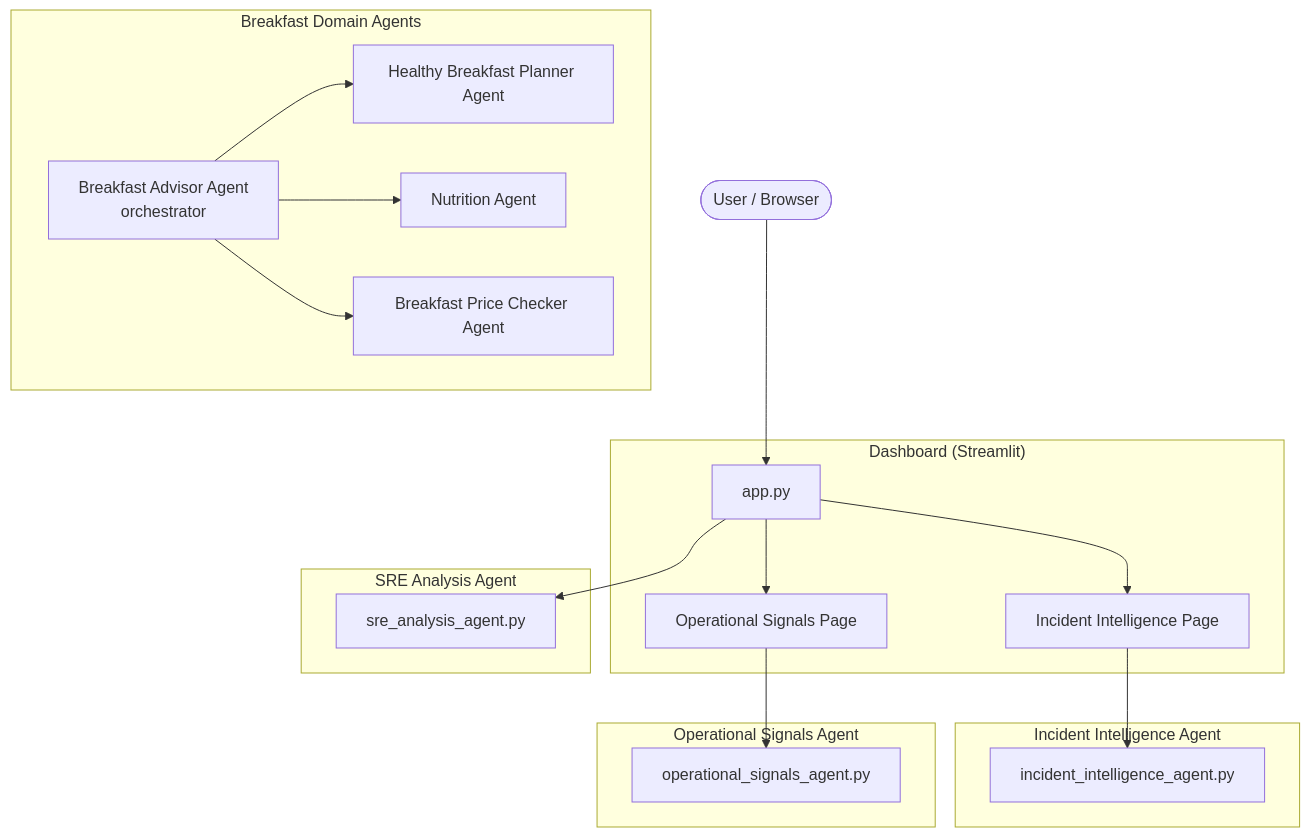
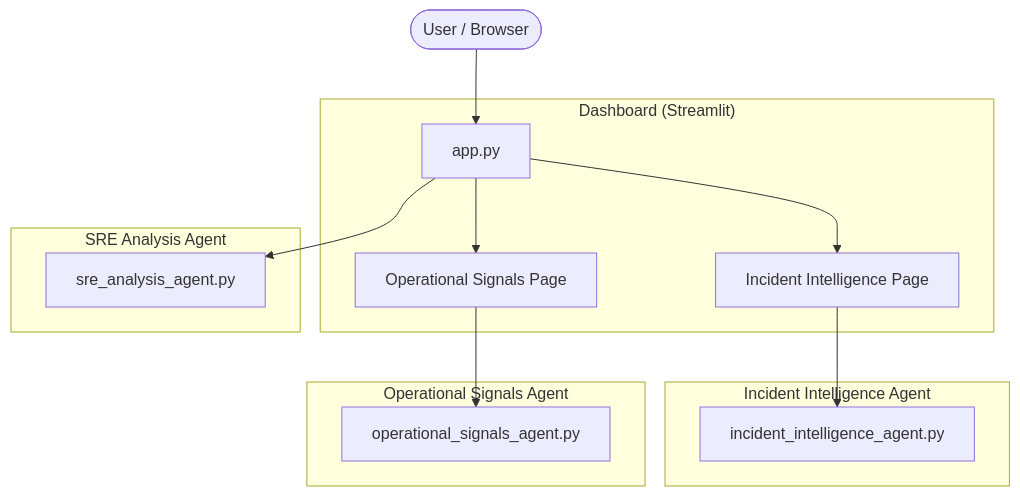
The first of 6 diagrams in docs/agent_architecture.md (cbagade/sre-automation), drawn with Mermaid before and after one commit. The commit also changed other lines of this file and 14 other files, not shown here.

````diff
--- a/docs/agent_architecture.md
+++ b/docs/agent_architecture.md
@@ -9,41 +9,30 @@
 ```mermaid
 graph TD
     USER([User / Browser])
 
     subgraph DASH["Dashboard  (Streamlit)"]
         APP[app.py]
         OPS_PAGE[Operational Signals Page]
         INC_PAGE[Incident Intelligence Page]
     end
 
     subgraph SRE["SRE Analysis Agent"]
         SRE_AGENT[sre_analysis_agent.py]
-    end
-
-    subgraph BREAKFAST["Breakfast Domain Agents"]
-        BKF_ADV[Breakfast Advisor Agent\norchestrator]
-        BKF_PLN[Healthy Breakfast Planner Agent]
-        BKF_PRC[Breakfast Price Checker Agent]
-        NUT_AGT[Nutrition Agent]
     end
 
     subgraph INTEL["Incident Intelligence Agent"]
         INC_AGENT[incident_intelligence_agent.py]
     end
 
     subgraph OPS_AGT["Operational Signals Agent"]
         OPS_AGENT[operational_signals_agent.py]
     end
 
     USER --> APP
     APP --> SRE_AGENT
     APP --> OPS_PAGE
     APP --> INC_PAGE
 
     OPS_PAGE --> OPS_AGENT
     INC_PAGE --> INC_AGENT
-
-    BKF_ADV --> BKF_PLN
-    BKF_ADV --> NUT_AGT
-    BKF_ADV --> BKF_PRC
 ```
````
